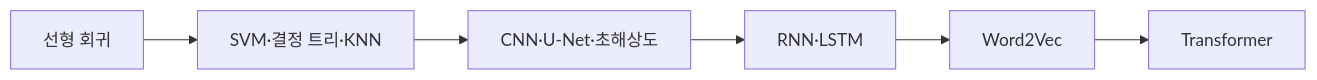
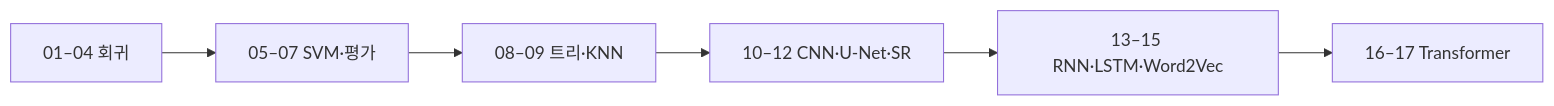
The diagram in ComputerScience/03_ai-ml-data/machine-learning/README.md (umyunsang/edu), drawn with Mermaid before and after one commit. The commit also changed other lines of this file and 1 other file, not shown here.

````diff
--- a/ComputerScience/03_ai-ml-data/machine-learning/README.md
+++ b/ComputerScience/03_ai-ml-data/machine-learning/README.md
@@ -24,8 +33,8 @@
 ```mermaid
 flowchart LR
-  A["선형 회귀"] --> B["SVM·결정 트리·KNN"]
-  B --> C["CNN·U-Net·초해상도"]
-  C --> D["RNN·LSTM"]
-  D --> E["Word2Vec"]
-  E --> F["Transformer"]
+  A["01–04 회귀"] --> B["05–07 SVM·평가"]
+  B --> C["08–09 트리·KNN"]
+  C --> D["10–12 CNN·U-Net·SR"]
+  D --> E["13–15 RNN·LSTM·Word2Vec"]
+  E --> F["16–17 Transformer"]
 ```
````
